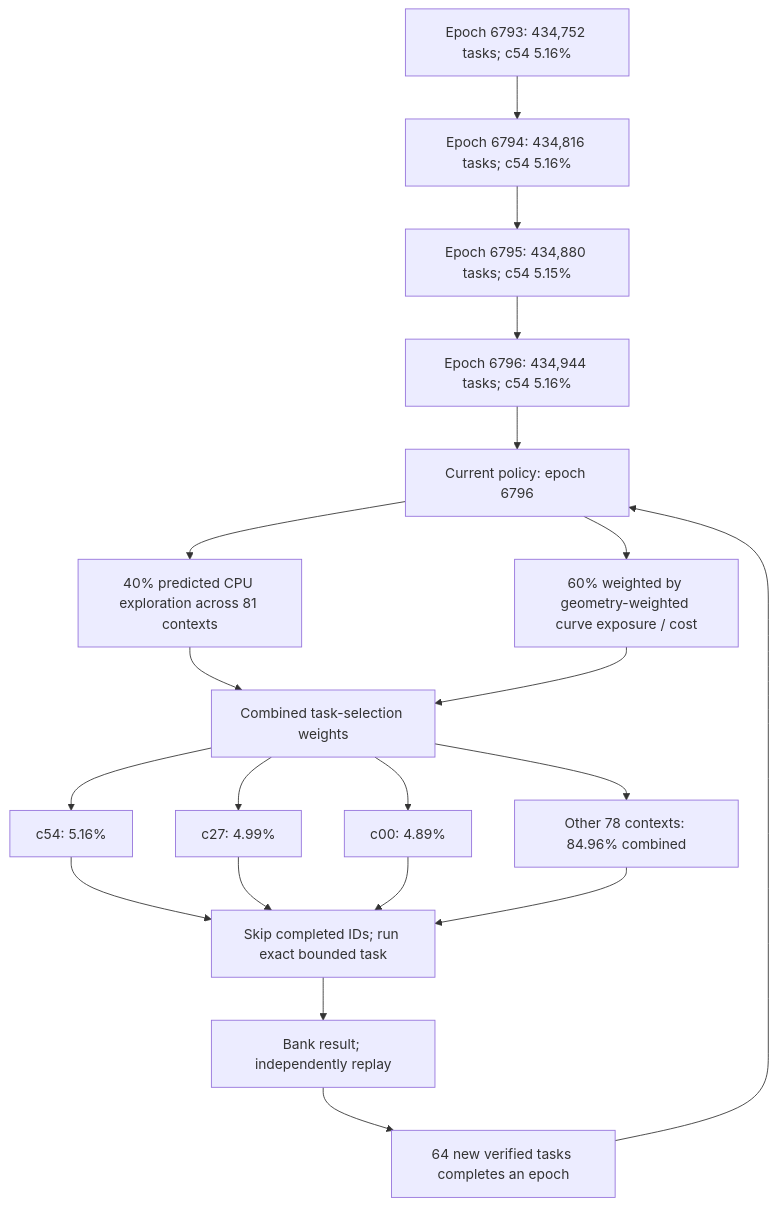
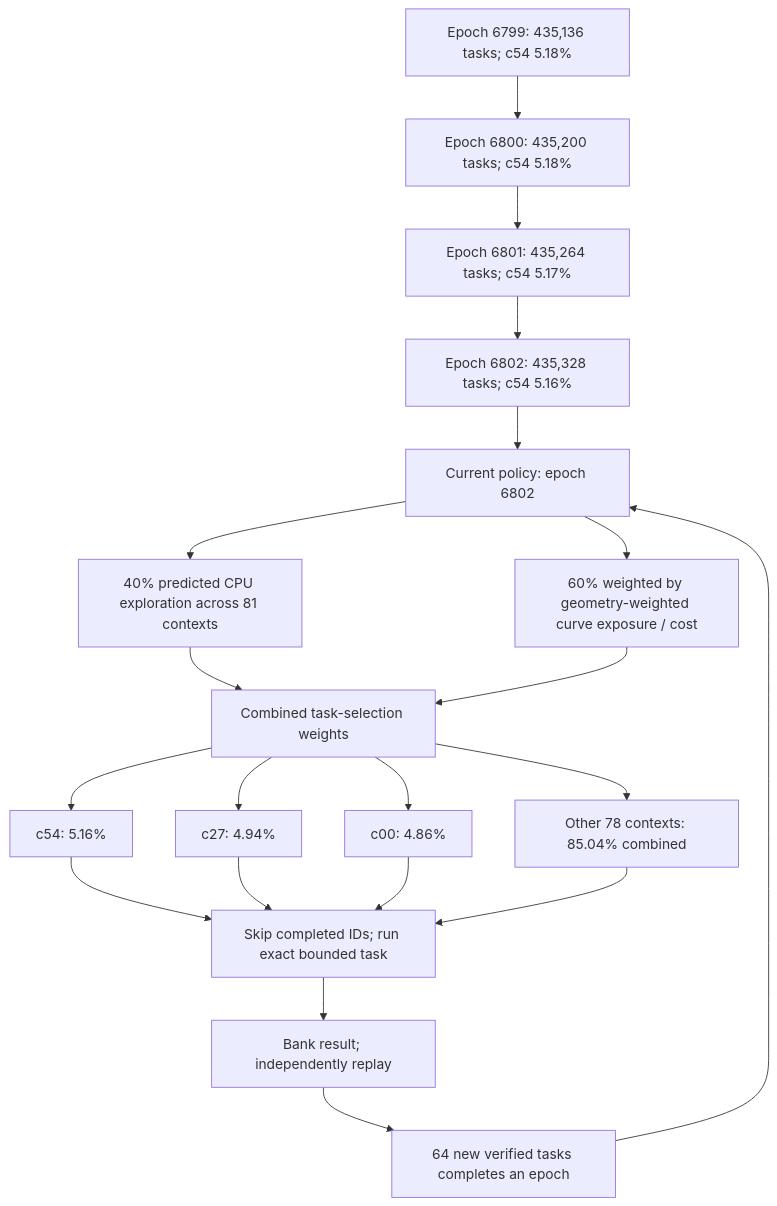
Before and after one commit to Kuberwastaken/math-gambling: the first of 4 diagrams in README.md, drawn with Mermaid. The commit also changed other lines of this file and 1482 other files, not shown here.

````diff
--- a/README.md
+++ b/README.md
@@ -60,27 +60,27 @@
 ```mermaid
 flowchart TD
-    H0["Epoch 6793: 434,752 tasks; c54 5.16%"]
-    H1["Epoch 6794: 434,816 tasks; c54 5.16%"]
+    H0["Epoch 6799: 435,136 tasks; c54 5.18%"]
+    H1["Epoch 6800: 435,200 tasks; c54 5.18%"]
     H0 --> H1
-    H2["Epoch 6795: 434,880 tasks; c54 5.15%"]
+    H2["Epoch 6801: 435,264 tasks; c54 5.17%"]
     H1 --> H2
-    H3["Epoch 6796: 434,944 tasks; c54 5.16%"]
+    H3["Epoch 6802: 435,328 tasks; c54 5.16%"]
     H2 --> H3
-    Policy["Current policy: epoch 6796"]
+    Policy["Current policy: epoch 6802"]
     H3 --> Policy
     Policy --> Explore["40% predicted CPU exploration across 81 contexts"]
     Policy --> Cost["60% weighted by geometry-weighted curve exposure / cost"]
     Explore --> Mix["Combined task-selection weights"]
     Cost --> Mix
     Mix --> C0["c54: 5.16%"]
-    Mix --> C1["c27: 4.99%"]
-    Mix --> C2["c00: 4.89%"]
-    Mix --> Rest["Other 78 contexts: 84.96% combined"]
+    Mix --> C1["c27: 4.94%"]
+    Mix --> C2["c00: 4.86%"]
+    Mix --> Rest["Other 78 contexts: 85.04% combined"]
     C0 --> Check["Skip completed IDs; run exact bounded task"]
     C1 --> Check
     C2 --> Check
     Rest --> Check
     Check --> Replay["Bank result; independently replay"]
     Replay --> Gate["64 new verified tasks completes an epoch"]
     Gate --> Policy
 ```
````
